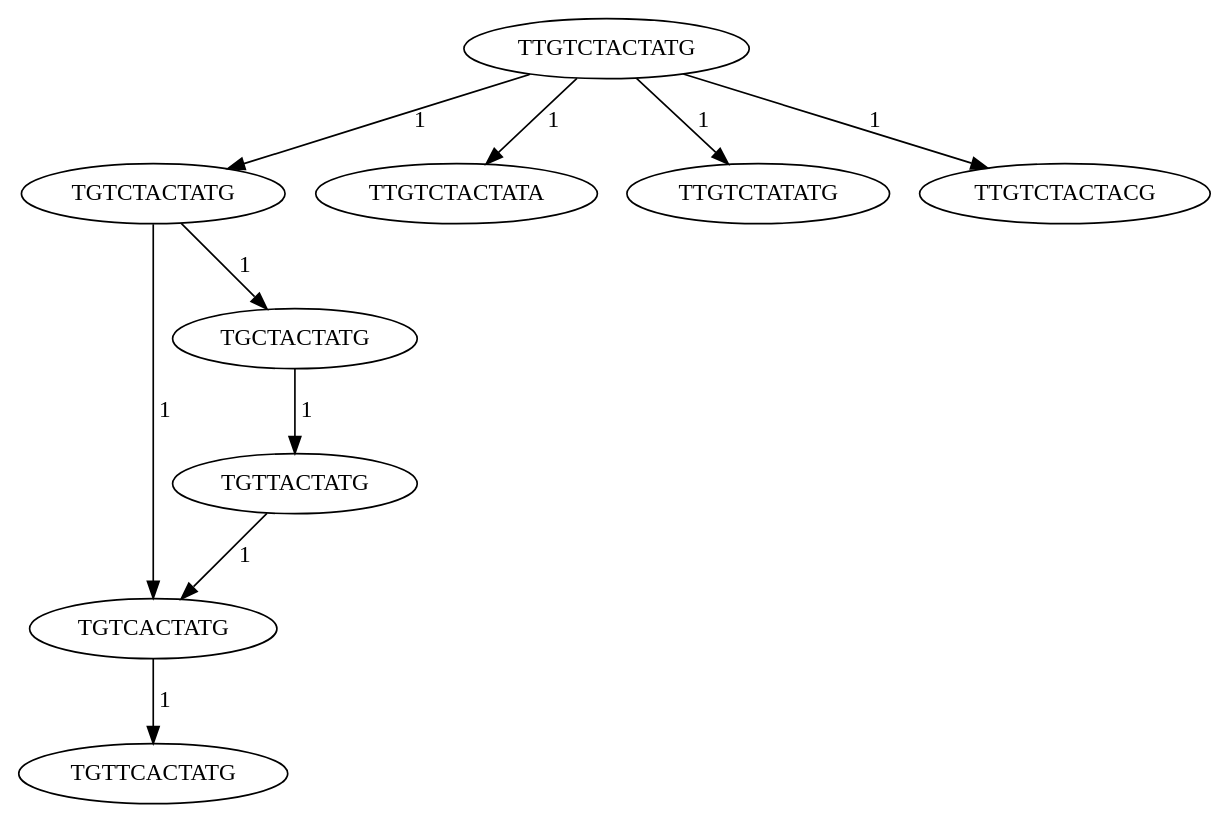
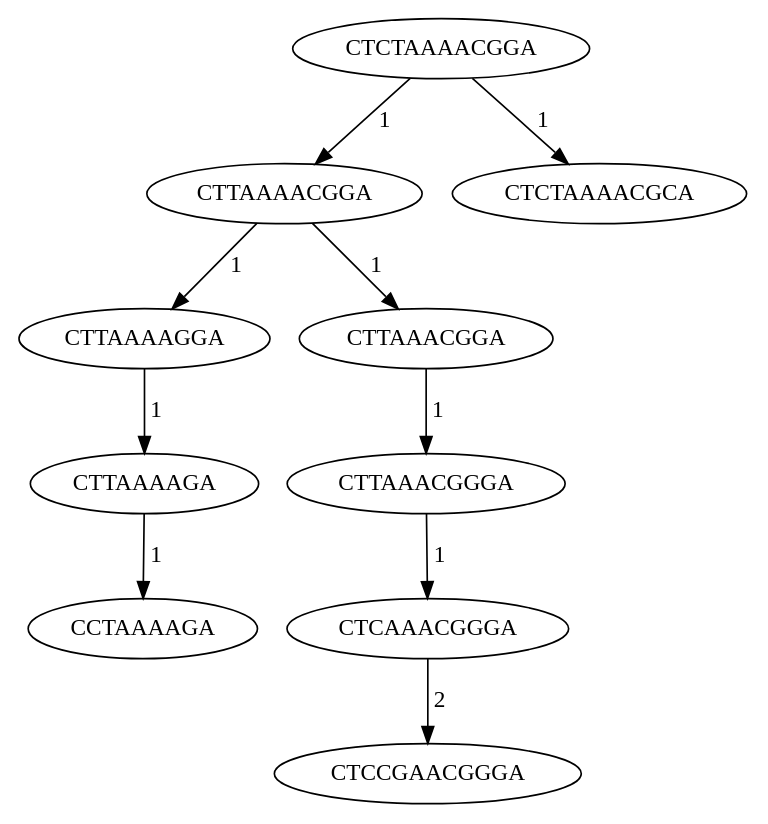
The diagram in arbreMutation.dot (JeanSebastienBach/Stage_Alignement), drawn with Graphviz before and after one commit. The commit also changed 7 other files, not shown here.

```diff
--- a/arbreMutation.dot
+++ b/arbreMutation.dot
@@ -1,20 +1,20 @@
 digraph mutation { 
-"TTGTCTACTATG" -> "TGTCTACTATG" [label=" 1"];
-// TTGTCTACTATG TGTCTACTATG 1
-"TGTCTACTATG" -> "TGTCACTATG" [label=" 1"];
-// TGTCTACTATG TGTCACTATG 1
-"TTGTCTACTATG" -> "TTGTCTACTATA" [label=" 1"];
-// TTGTCTACTATG TTGTCTACTATA 1
-"TGTCTACTATG" -> "TGCTACTATG" [label=" 1"];
-// TGTCTACTATG TGCTACTATG 1
-"TGTCACTATG" -> "TGTTCACTATG" [label=" 1"];
-// TGTCACTATG TGTTCACTATG 1
-"TGCTACTATG" -> "TGTTACTATG" [label=" 1"];
-// TGCTACTATG TGTTACTATG 1
-"TGTTACTATG" -> "TGTCACTATG" [label=" 1"];
-// TGTTACTATG TGTCACTATG 1
-"TTGTCTACTATG" -> "TTGTCTATATG" [label=" 1"];
-// TTGTCTACTATG TTGTCTATATG 1
-"TTGTCTACTATG" -> "TTGTCTACTACG" [label=" 1"];
-// TTGTCTACTATG TTGTCTACTACG 1
+"CTCTAAAACGGA" -> "CTTAAAACGGA" [label=" 1"];
+// CTCTAAAACGGA CTTAAAACGGA 1
+"CTTAAAACGGA" -> "CTTAAAAGGA" [label=" 1"];
+// CTTAAAACGGA CTTAAAAGGA 1
+"CTTAAAACGGA" -> "CTTAAACGGA" [label=" 1"];
+// CTTAAAACGGA CTTAAACGGA 1
+"CTCTAAAACGGA" -> "CTCTAAAACGCA" [label=" 1"];
+// CTCTAAAACGGA CTCTAAAACGCA 1
+"CTTAAACGGA" -> "CTTAAACGGGA" [label=" 1"];
+// CTTAAACGGA CTTAAACGGGA 1
+"CTTAAACGGGA" -> "CTCAAACGGGA" [label=" 1"];
+// CTTAAACGGGA CTCAAACGGGA 1
+"CTTAAAAGGA" -> "CTTAAAAGA" [label=" 1"];
+// CTTAAAAGGA CTTAAAAGA 1
+"CTCAAACGGGA" -> "CTCCGAACGGGA" [label=" 2"];
+// CTCAAACGGGA CTCCGAACGGGA 2
+"CTTAAAAGA" -> "CCTAAAAGA" [label=" 1"];
+// CTTAAAAGA CCTAAAAGA 1
 }
```
